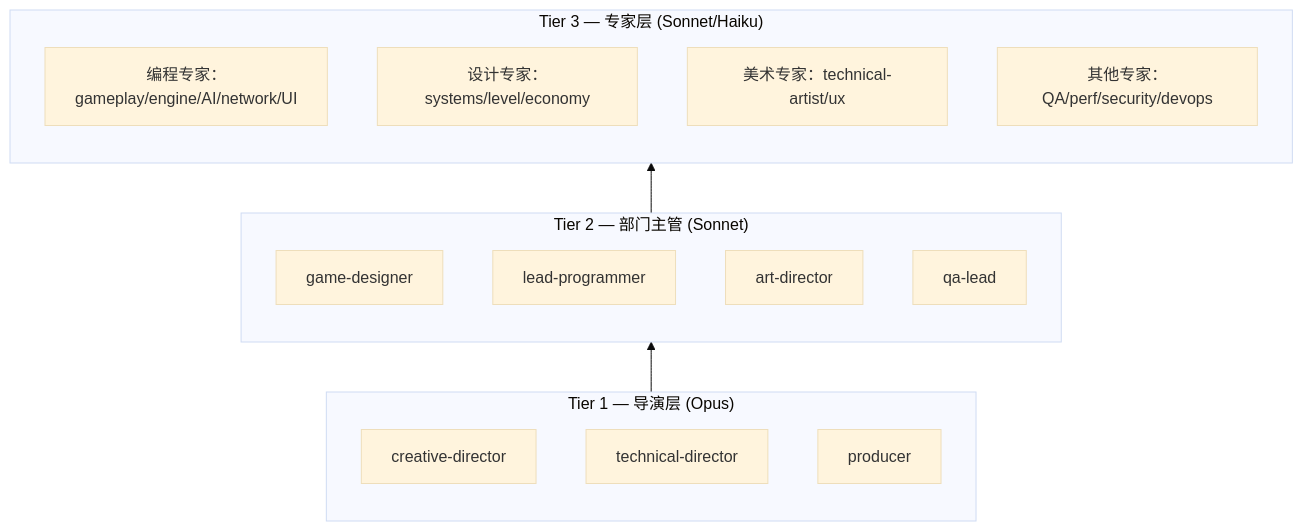
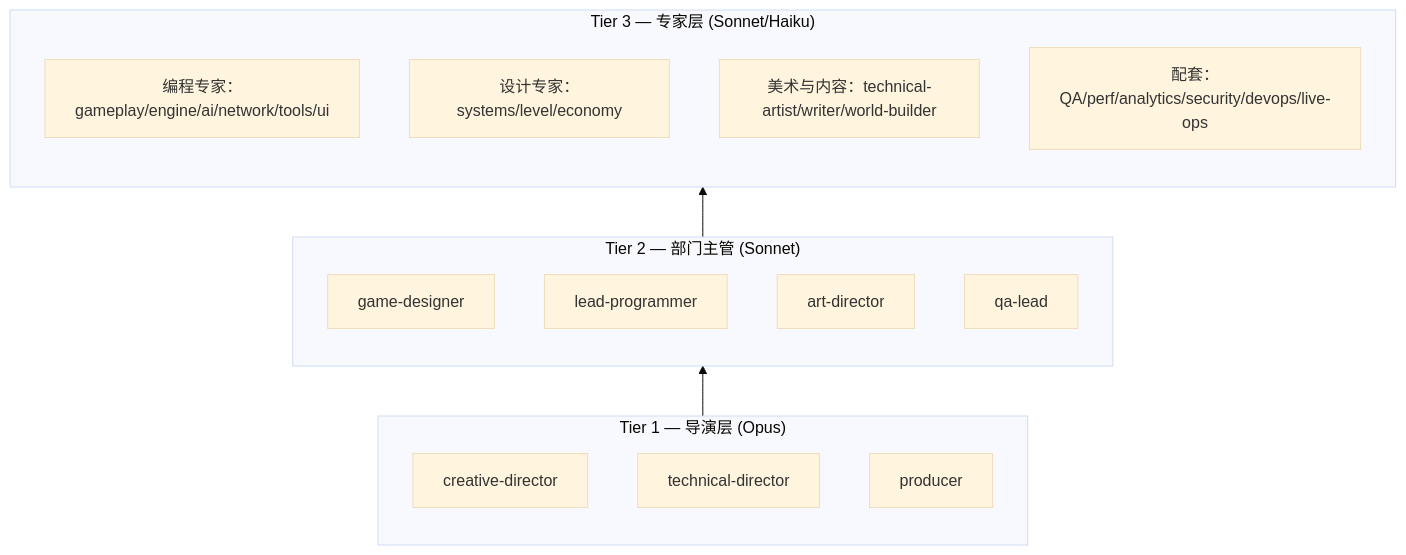
Before and after one commit to A1pha3/text-matrix: the diagram in content/posts/tech/claude-code-game-studios-multi-agent-game-dev.md, drawn with Mermaid (base theme). The commit also changed other lines of this file and 30 other files, not shown here.

````diff
--- a/content/posts/tech/claude-code-game-studios-multi-agent-game-dev.md
+++ b/content/posts/tech/claude-code-game-studios-multi-agent-game-dev.md
@@ -52,24 +52,24 @@
 ```mermaid
 flowchart BT
     subgraph TIER3["Tier 3 — 专家层 (Sonnet/Haiku)"]
-        T3P["编程专家：gameplay/engine/AI/network/UI"]
+        T3P["编程专家：gameplay/engine/ai/network/tools/ui"]
         T3D["设计专家：systems/level/economy"]
-        T3A["美术专家：technical-artist/ux"]
-        T3O["其他专家：QA/perf/security/devops"]
+        T3A["美术与内容：technical-artist/writer/world-builder"]
+        T3O["配套：QA/perf/analytics/security/devops/live-ops"]
     end
 
     subgraph TIER2["Tier 2 — 部门主管 (Sonnet)"]
         T2D["game-designer"]
         T2P["lead-programmer"]
         T2A["art-director"]
         T2Q["qa-lead"]
     end
 
     subgraph TIER1["Tier 1 — 导演层 (Opus)"]
         T1C["creative-director"]
         T1T["technical-director"]
         T1P["producer"]
     end
 
     TIER1 --> TIER2 --> TIER3
 ```
````
